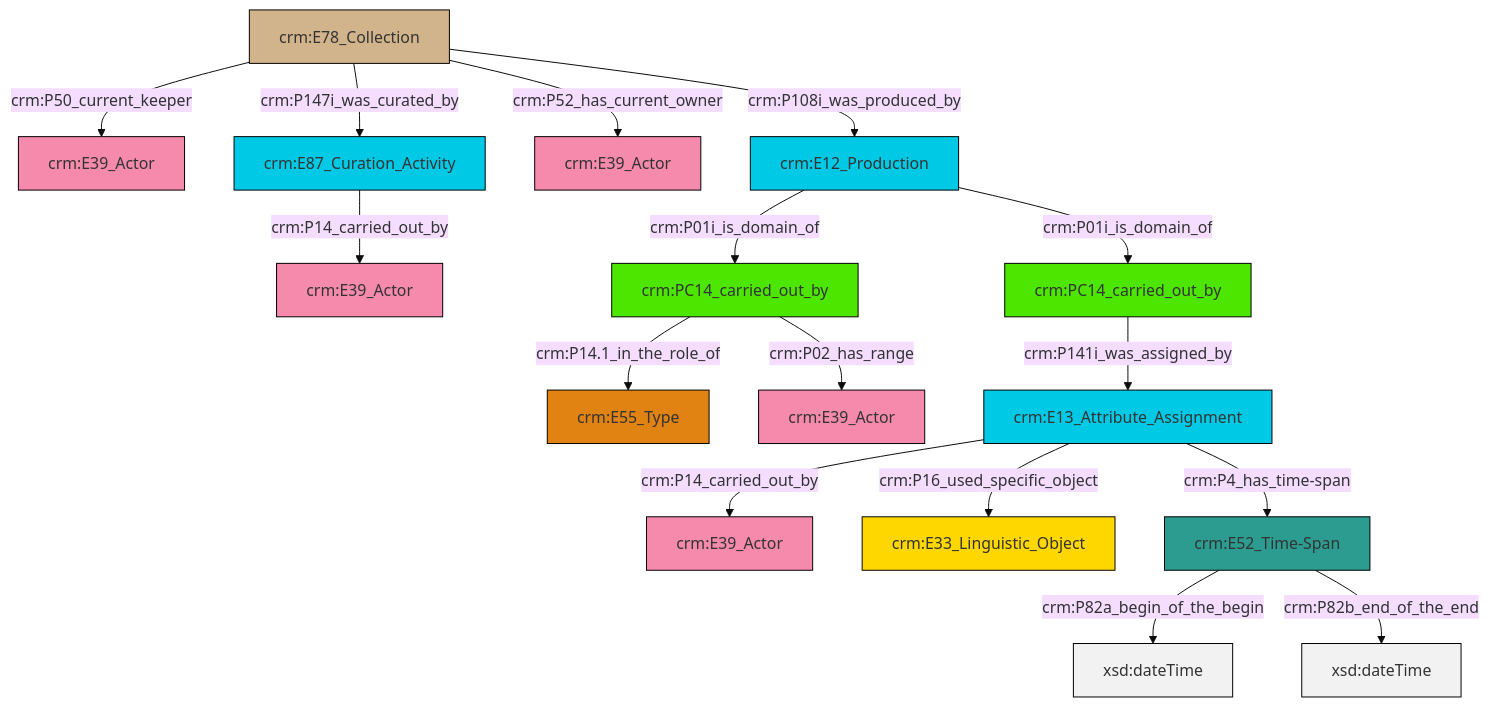
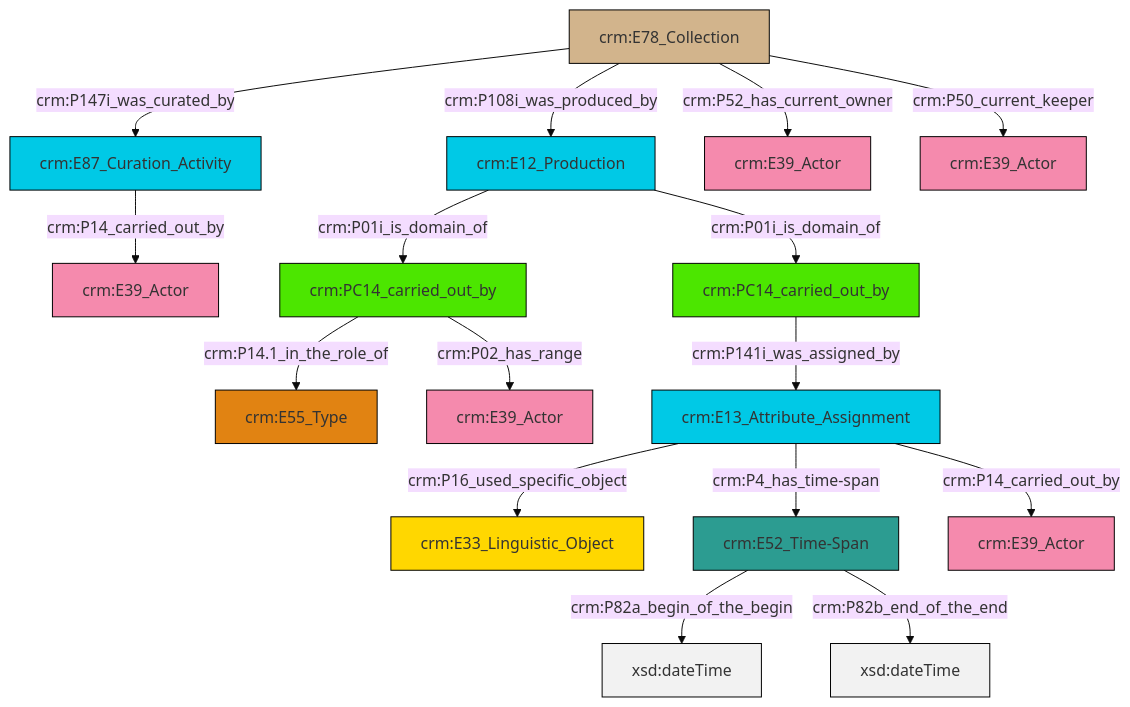
One commit to swiss-art-research-net/docs.swissartresearch changed the diagram in et/archivalCSV/ttl/mmd/archival_relation.ttl.mmd. Above: the diagram before and after it, drawn with Mermaid (base theme). The commit also changed 170 other files, not shown here.

```diff
--- a/et/archivalCSV/ttl/mmd/archival_relation.ttl.mmd
+++ b/et/archivalCSV/ttl/mmd/archival_relation.ttl.mmd
@@ -1,30 +1,30 @@
 graph TD
 classDef Literal fill:#f2f2f2,stroke:#000000;
 classDef CRM_Entity fill:#FFFFFF,stroke:#000000;
 classDef Temporal_Entity fill:#00C9E6, stroke:#000000;
 classDef Type fill:#E18312, stroke:#000000;
 classDef Time-Span fill:#2C9C91, stroke:#000000;
 classDef Appellation fill:#FFEB7F, stroke:#000000;
 classDef Place fill:#008836, stroke:#000000;
 classDef Persistent_Item fill:#B266B2, stroke:#000000;
 classDef Conceptual_Object fill:#FFD700, stroke:#000000;
 classDef Physical_Thing fill:#D2B48C, stroke:#000000;
 classDef Actor fill:#f58aad, stroke:#000000;
 classDef PC_Classes fill:#4ce600, stroke:#000000;
 classDef Multi fill:#cccccc,stroke:#000000;
 
 0["crm:PC14_carried_out_by"]:::PC_Classes -->|crm:P14.1_in_the_role_of| 1["crm:E55_Type"]:::Type
-2["crm:E12_Production"]:::Temporal_Entity -->|crm:P01i_is_domain_of| 0["crm:PC14_carried_out_by"]:::PC_Classes
-3["crm:E78_Collection"]:::Physical_Thing -->|crm:P50_current_keeper| 4["crm:E39_Actor"]:::Actor
-9["crm:E52_Time-Span"]:::Time-Span -->|crm:P82a_begin_of_the_begin| 10[xsd:dateTime]:::Literal
-3["crm:E78_Collection"]:::Physical_Thing -->|crm:P147i_was_curated_by| 11["crm:E87_Curation_Activity"]:::Temporal_Entity
-9["crm:E52_Time-Span"]:::Time-Span -->|crm:P82b_end_of_the_end| 15[xsd:dateTime]:::Literal
-0["crm:PC14_carried_out_by"]:::PC_Classes -->|crm:P02_has_range| 16["crm:E39_Actor"]:::Actor
-5["crm:E13_Attribute_Assignment"]:::Temporal_Entity -->|crm:P14_carried_out_by| 21["crm:E39_Actor"]:::Actor
-3["crm:E78_Collection"]:::Physical_Thing -->|crm:P52_has_current_owner| 17["crm:E39_Actor"]:::Actor
-3["crm:E78_Collection"]:::Physical_Thing -->|crm:P108i_was_produced_by| 2["crm:E12_Production"]:::Temporal_Entity
-5["crm:E13_Attribute_Assignment"]:::Temporal_Entity -->|crm:P16_used_specific_object| 25["crm:E33_Linguistic_Object"]:::Conceptual_Object
-2["crm:E12_Production"]:::Temporal_Entity -->|crm:P01i_is_domain_of| 19["crm:PC14_carried_out_by"]:::PC_Classes
-19["crm:PC14_carried_out_by"]:::PC_Classes -->|crm:P141i_was_assigned_by| 5["crm:E13_Attribute_Assignment"]:::Temporal_Entity
-5["crm:E13_Attribute_Assignment"]:::Temporal_Entity -->|crm:P4_has_time-span| 9["crm:E52_Time-Span"]:::Time-Span
-11["crm:E87_Curation_Activity"]:::Temporal_Entity -->|crm:P14_carried_out_by| 13["crm:E39_Actor"]:::Actor
+8["crm:E52_Time-Span"]:::Time-Span -->|crm:P82a_begin_of_the_begin| 9[xsd:dateTime]:::Literal
+5["crm:E78_Collection"]:::Physical_Thing -->|crm:P147i_was_curated_by| 10["crm:E87_Curation_Activity"]:::Temporal_Entity
+14["crm:E13_Attribute_Assignment"]:::Temporal_Entity -->|crm:P16_used_specific_object| 15["crm:E33_Linguistic_Object"]:::Conceptual_Object
+14["crm:E13_Attribute_Assignment"]:::Temporal_Entity -->|crm:P4_has_time-span| 8["crm:E52_Time-Span"]:::Time-Span
+0["crm:PC14_carried_out_by"]:::PC_Classes -->|crm:P02_has_range| 22["crm:E39_Actor"]:::Actor
+5["crm:E78_Collection"]:::Physical_Thing -->|crm:P108i_was_produced_by| 17["crm:E12_Production"]:::Temporal_Entity
+5["crm:E78_Collection"]:::Physical_Thing -->|crm:P52_has_current_owner| 23["crm:E39_Actor"]:::Actor
+8["crm:E52_Time-Span"]:::Time-Span -->|crm:P82b_end_of_the_end| 25[xsd:dateTime]:::Literal
+3["crm:PC14_carried_out_by"]:::PC_Classes -->|crm:P141i_was_assigned_by| 14["crm:E13_Attribute_Assignment"]:::Temporal_Entity
+17["crm:E12_Production"]:::Temporal_Entity -->|crm:P01i_is_domain_of| 0["crm:PC14_carried_out_by"]:::PC_Classes
+17["crm:E12_Production"]:::Temporal_Entity -->|crm:P01i_is_domain_of| 3["crm:PC14_carried_out_by"]:::PC_Classes
+5["crm:E78_Collection"]:::Physical_Thing -->|crm:P50_current_keeper| 26["crm:E39_Actor"]:::Actor
+14["crm:E13_Attribute_Assignment"]:::Temporal_Entity -->|crm:P14_carried_out_by| 12["crm:E39_Actor"]:::Actor
+10["crm:E87_Curation_Activity"]:::Temporal_Entity -->|crm:P14_carried_out_by| 19["crm:E39_Actor"]:::Actor
```
